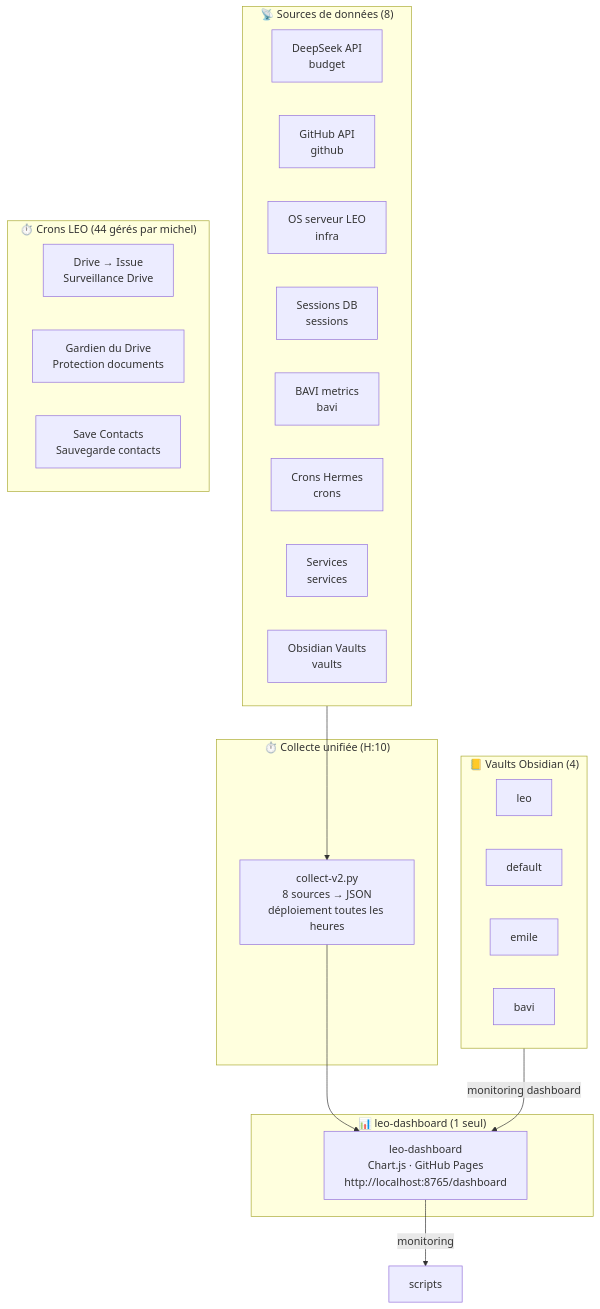
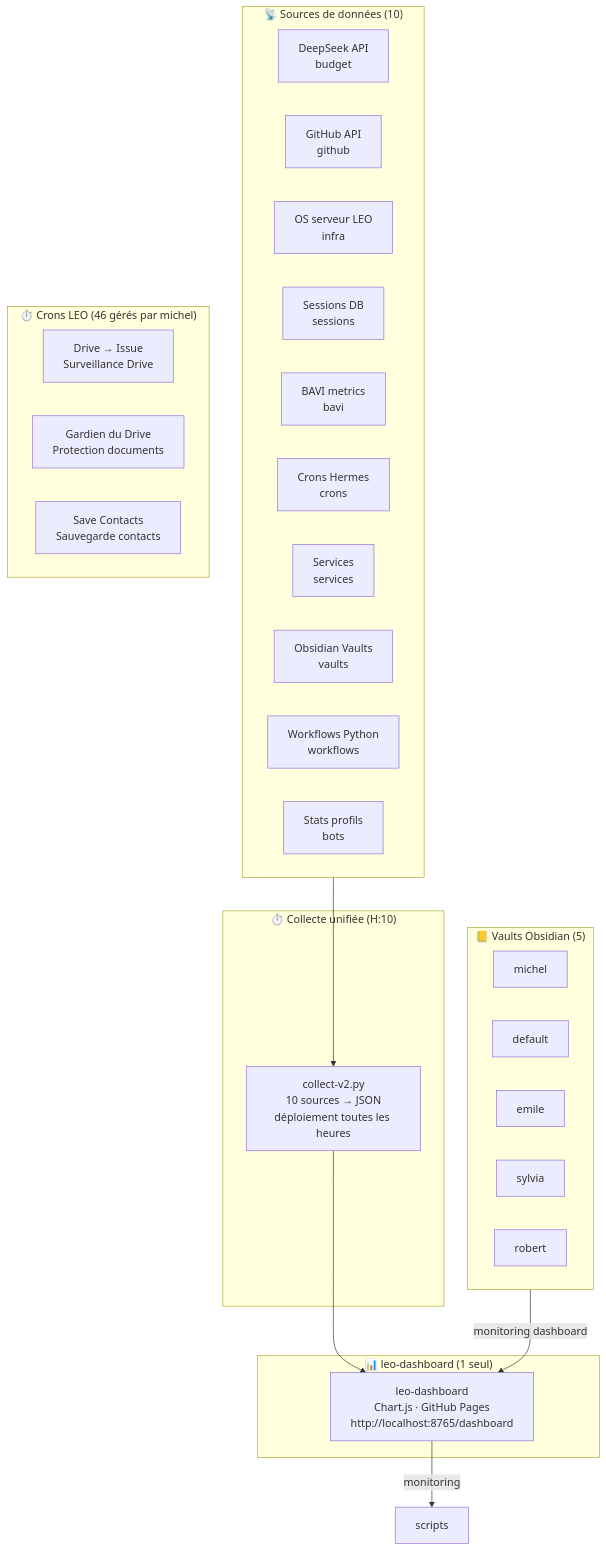
Before and after one commit to christophedanhier-hash/hermes-wiki: the diagram in docs/hermes/utilisation/architecture-leo.md, drawn with Mermaid. The commit also changed other lines of this file, not shown here.

First line of the commit message:
fix(architecture-leo): correction incohérences profils, vaults, sources

````diff
--- a/docs/hermes/utilisation/architecture-leo.md
+++ b/docs/hermes/utilisation/architecture-leo.md
@@ -11,39 +35,42 @@
 ```mermaid
 flowchart TB
-    subgraph Sources["📡 Sources de données (8)"]
+    subgraph Sources["📡 Sources de données (10)"]
         DS["DeepSeek API<br/>budget"]
         GH_API["GitHub API<br/>github"]
         OS["OS serveur LEO<br/>infra"]
         SESS["Sessions DB<br/>sessions"]
         BAVI_M["BAVI metrics<br/>bavi"]
         CRONS_M["Crons Hermes<br/>crons"]
         SVCS["Services<br/>services"]
         VAULTS["Obsidian Vaults<br/>vaults"]
+        WKFL["Workflows Python<br/>workflows"]
+        BOTS["Stats profils<br/>bots"]
     end
 
     subgraph Collecte["⏱️ Collecte unifiée (H:10)"]
-        COLLECT["collect-v2.py<br/>8 sources → JSON<br/>déploiement toutes les heures"]
+        COLLECT["collect-v2.py<br/>10 sources → JSON<br/>déploiement toutes les heures"]
     end
 
     subgraph Dashboard["📊 leo-dashboard (1 seul)"]
         DASH["leo-dashboard<br/>Chart.js · GitHub Pages<br/>http://localhost:8765/dashboard"]
     end
 
-    subgraph crons["⏱️ Crons LEO (44 gérés par michel)"]
+    subgraph crons["⏱️ Crons LEO (46 gérés par michel)"]
         DRIVE_ISSUE["Drive → Issue<br/>Surveillance Drive"]
         GARDIEN["Gardien du Drive<br/>Protection documents"]
         SAVE_CONTACTS["Save Contacts<br/>Sauvegarde contacts"]
     end
 
-    subgraph Vaults["📒 Vaults Obsidian (4)"]
-        LEO_VAULT["leo"]
+    subgraph Vaults["📒 Vaults Obsidian (5)"]
+        MICHEL_VAULT["michel"]
         DEFAULT_VAULT["default"]
         EMILE_VAULT["emile"]
-        BAVI_VAULT["bavi"]
+        SYLVIA_VAULT["sylvia"]
+        ROBERT_VAULT["robert"]
     end
 
     Sources --> COLLECT
     COLLECT --> DASH
     DASH -->|monitoring| scripts
     Vaults -->|monitoring dashboard| DASH
 ```
````
